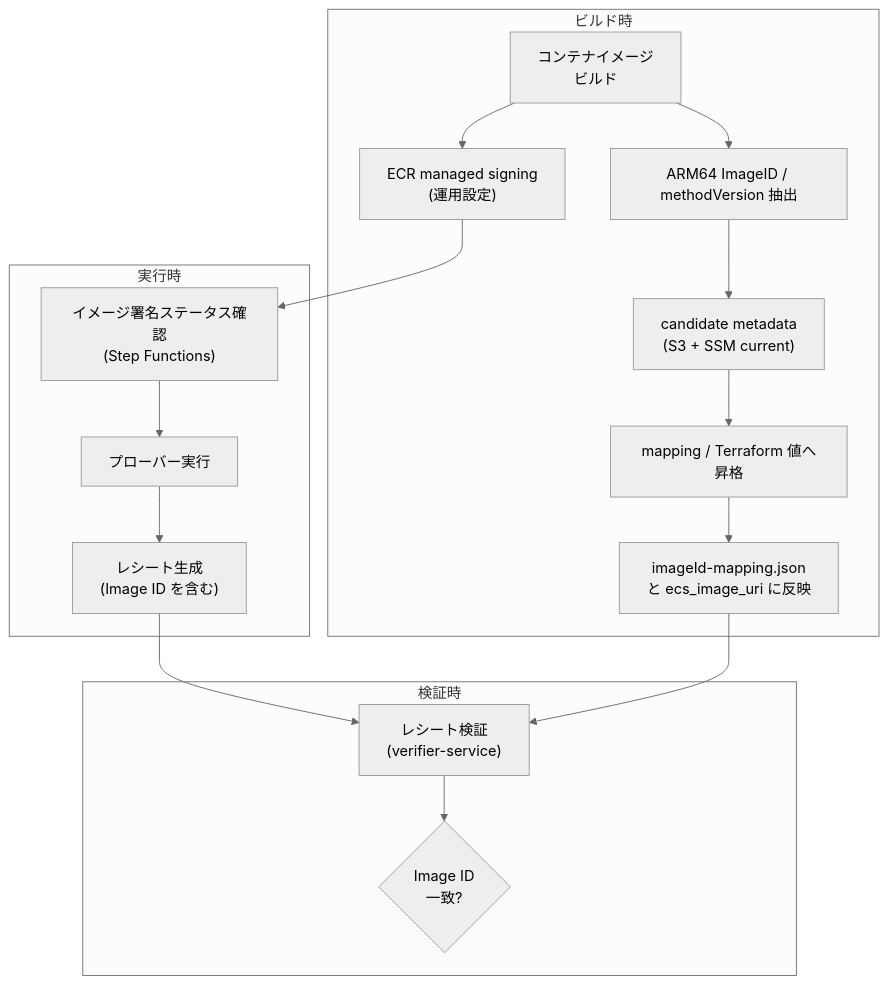
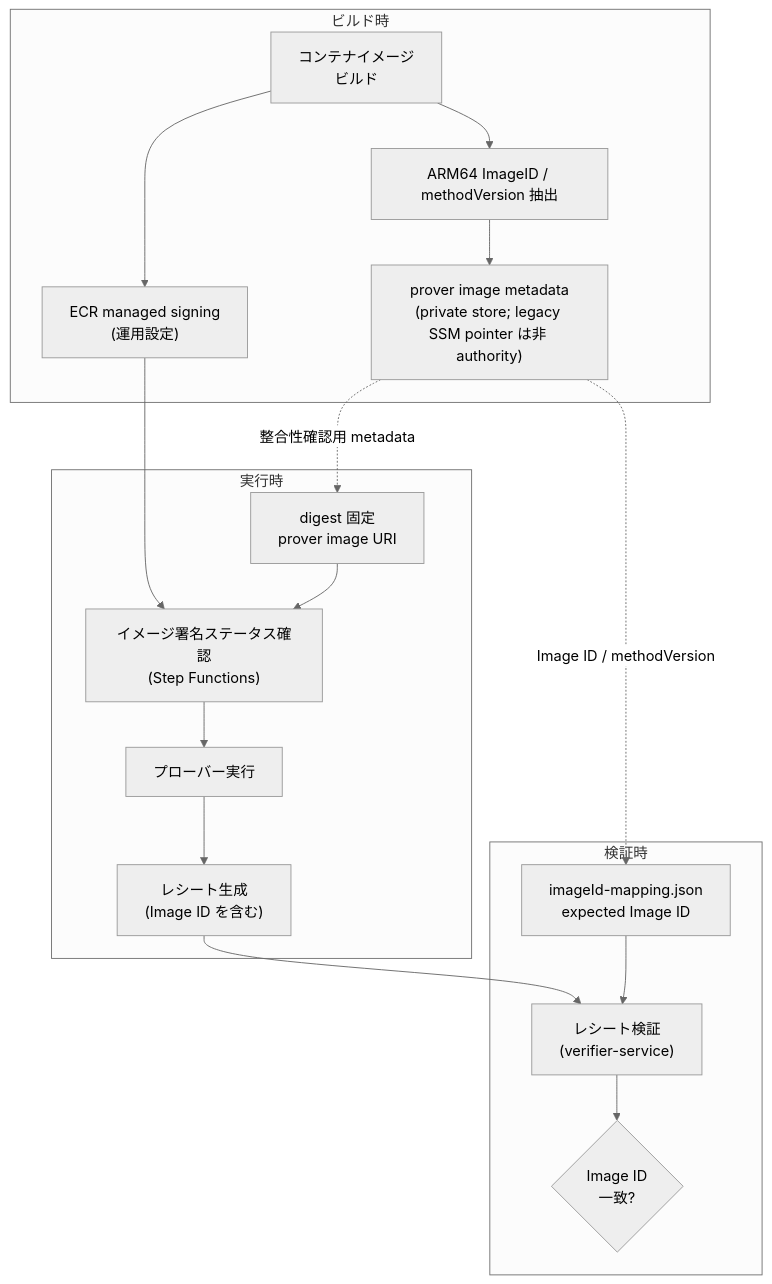
The third of 3 diagrams in public-book/src/aws/image-signing.md (hwatanabe-jp/stark-ballot-simulator-public), drawn with Mermaid (neutral theme) before and after one commit. The commit also changed other lines of this file and 1491 other files, not shown here.

````diff
--- a/public-book/src/aws/image-signing.md
+++ b/public-book/src/aws/image-signing.md
@@ -135,23 +144,25 @@
 ```mermaid
 flowchart TD
   subgraph "ビルド時"
     BUILD["コンテナイメージ<br/>ビルド"] --> SIGN["ECR managed signing<br/>(運用設定)"]
     BUILD --> IMGID["ARM64 ImageID / methodVersion 抽出"]
-    IMGID --> META["candidate metadata<br/>(S3 + SSM current)"]
-    META --> PROMOTE["mapping / Terraform 値へ昇格"]
-    PROMOTE --> MAP["imageId-mapping.json<br/>と ecs_image_uri に反映"]
+    IMGID --> META["prover image metadata<br/>(private store; legacy SSM pointer は非 authority)"]
   end
 
   subgraph "実行時"
+    URI["digest 固定<br/>prover image URI"] --> VERIFY_SIG
     VERIFY_SIG["イメージ署名ステータス確認<br/>(Step Functions)"] --> RUN["プローバー実行"]
     RUN --> RECEIPT["レシート生成<br/>(Image ID を含む)"]
   end
 
   subgraph "検証時"
+    MAP["imageId-mapping.json<br/>expected Image ID"]
     RECEIPT --> VERIFY_RECEIPT["レシート検証<br/>(verifier-service)"]
     MAP --> VERIFY_RECEIPT
     VERIFY_RECEIPT --> MATCH{"Image ID<br/>一致?"}
   end
 
   SIGN --> VERIFY_SIG
+  META -. "整合性確認用 metadata" .-> URI
+  META -. "Image ID / methodVersion" .-> MAP
 ```
````
